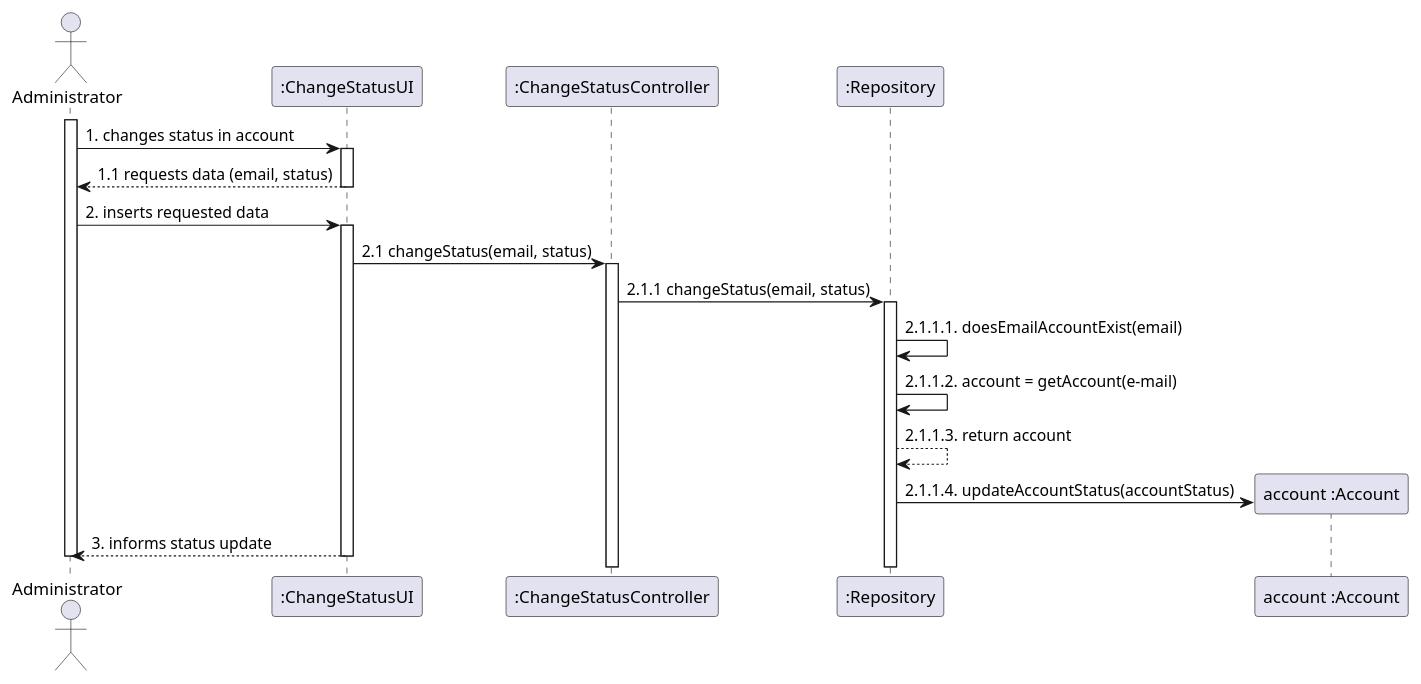
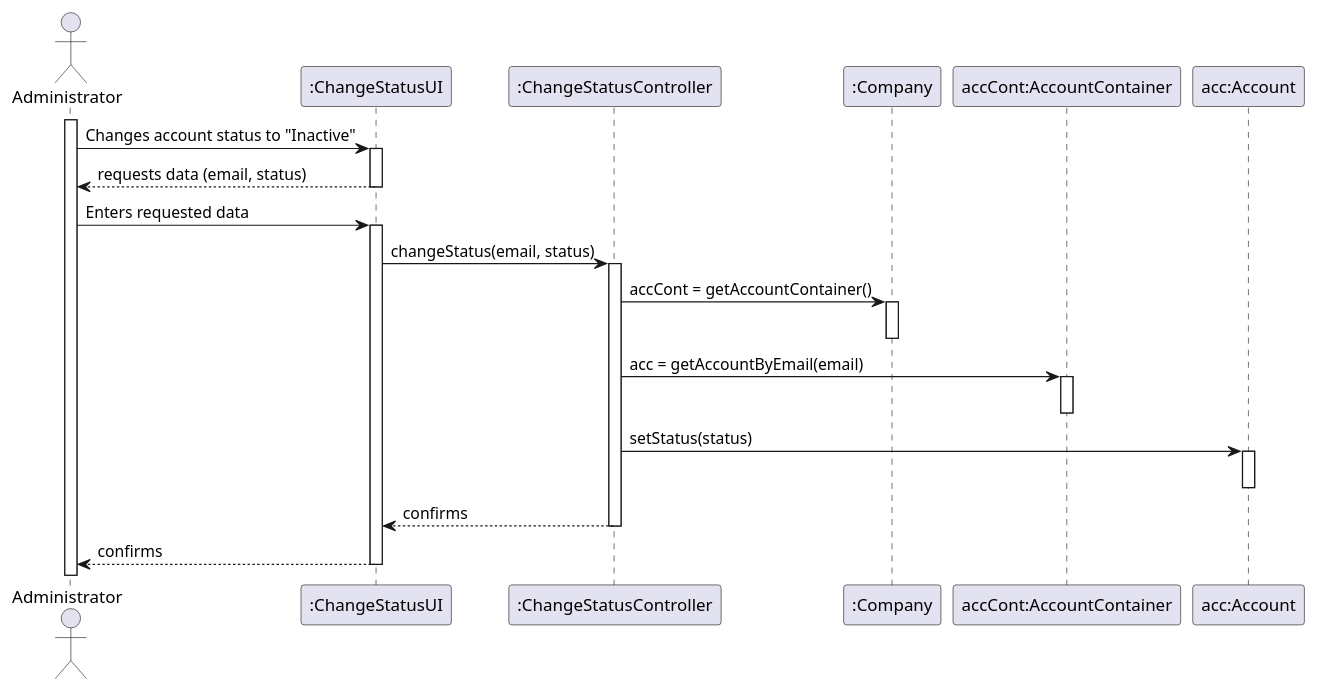
One commit to Loracline/project_switch_22-23 changed the diagram in docs/modelling_design/user_stories/us005/US005_Sequence_Diagram.puml. Above: the diagram before and after it, drawn with PlantUML. The commit also changed other lines of this file and 4 other files, not shown here.

Commit message:
US05/US06 | Update and refinement of Sequence Diagram & Class Diagram

```diff
--- a/docs/modelling_design/user_stories/us005/US005_Sequence_Diagram.puml
+++ b/docs/modelling_design/user_stories/us005/US005_Sequence_Diagram.puml
@@ -2,29 +1,33 @@
 @startuml
 
-actor "Administrator"
-participant ":ChangeStatusUI" as caUi
-participant ":ChangeStatusController" as cac
-participant ":Repository" as repository
-participant "account :Account" as account
+actor "Administrator" as admin
+participant ":ChangeStatusUI" as ui
+participant ":ChangeStatusController" as controller
+participant ":Company" as company
+participant "accCont:AccountContainer" as container
+participant "acc:Account" as account
 
-activate Administrator
-Administrator  -> caUi : 1. changes status in account
-activate caUi
-caUi --> Administrator: 1.1 requests data (email, status)
-deactivate caUi
-Administrator -> caUi: 2. inserts requested data
-activate caUi
-caUi -> cac: 2.1 changeStatus(email, status)
-activate cac
-cac -> repository: 2.1.1 changeStatus(email, status)
-activate repository
-repository -> repository: 2.1.1.1. doesEmailAccountExist(email)
-repository -> repository: 2.1.1.2. account = getAccount(e-mail)
-repository --> repository: 2.1.1.3. return account
-create account
-repository -> account :2.1.1.4. updateAccountStatus(accountStatus)
-caUi--> Administrator: 3. informs status update
-deactivate Administrator
-deactivate caUi
+activate admin
+admin -> ui : Changes account status to "Inactive"
+activate ui
+ui --> admin: requests data (email, status)
+deactivate ui
+admin -> ui: Enters requested data
+activate ui
+ui -> controller: changeStatus(email, status)
+activate controller
+controller -> company: accCont = getAccountContainer()
+activate company
+deactivate company
+controller -> container: acc = getAccountByEmail(email)
+activate container
+deactivate container
+controller -> account: setStatus(status)
+activate account
+deactivate account
+controller --> ui: confirms
+deactivate controller
+ui --> admin: confirms
+deactivate ui
 
 @enduml
```
